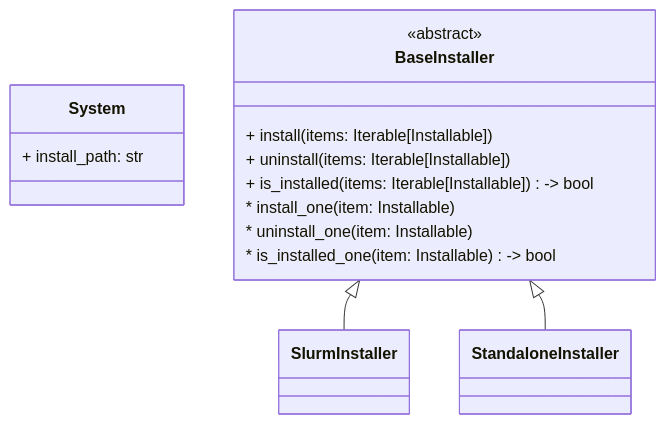
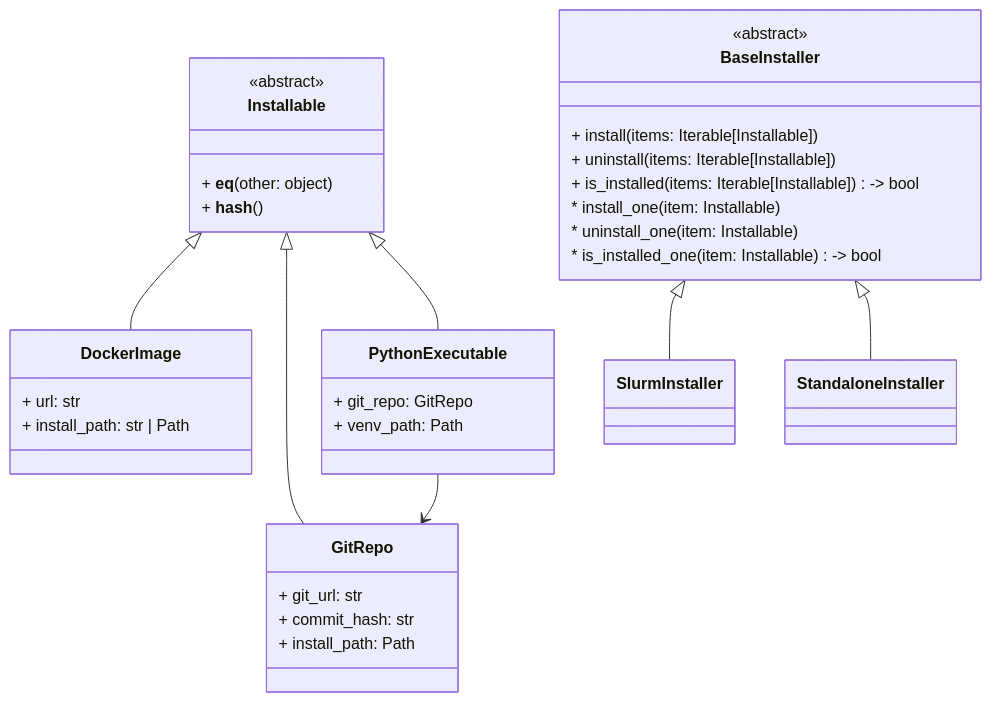
The second of 2 diagrams in doc/DEV.md (NVIDIA/cloudai), drawn with Mermaid before and after one commit.

````diff
--- a/doc/DEV.md
+++ b/doc/DEV.md
@@ -52,20 +52,43 @@
 ```mermaid
 classDiagram
-    class System {
-        + install_path: str
+    class Installable {
+        <<abstract>>
+        + __eq__(other: object)
+        + __hash__()
     }
+
+    class DockerImage {
+        + url: str
+        + install_path: str | Path
+    }
+
+    class GitRepo {
+        + git_url: str
+        + commit_hash: str
+        + install_path: Path
+    }
+
+    class PythonExecutable {
+        + git_repo: GitRepo
+        + venv_path: Path
+    }
+
+    Installable <|-- DockerImage
+    Installable <|-- GitRepo
+    Installable <|-- PythonExecutable
+    PythonExecutable --> GitRepo
 
     class BaseInstaller {
         <<abstract>>
         + install(items: Iterable[Installable])
         + uninstall(items: Iterable[Installable])
         + is_installed(items: Iterable[Installable]) -> bool
 
         * install_one(item: Installable)
         * uninstall_one(item: Installable)
         * is_installed_one(item: Installable) -> bool
     }
 
     BaseInstaller <|-- SlurmInstaller
     BaseInstaller <|-- StandaloneInstaller
 ```
````
